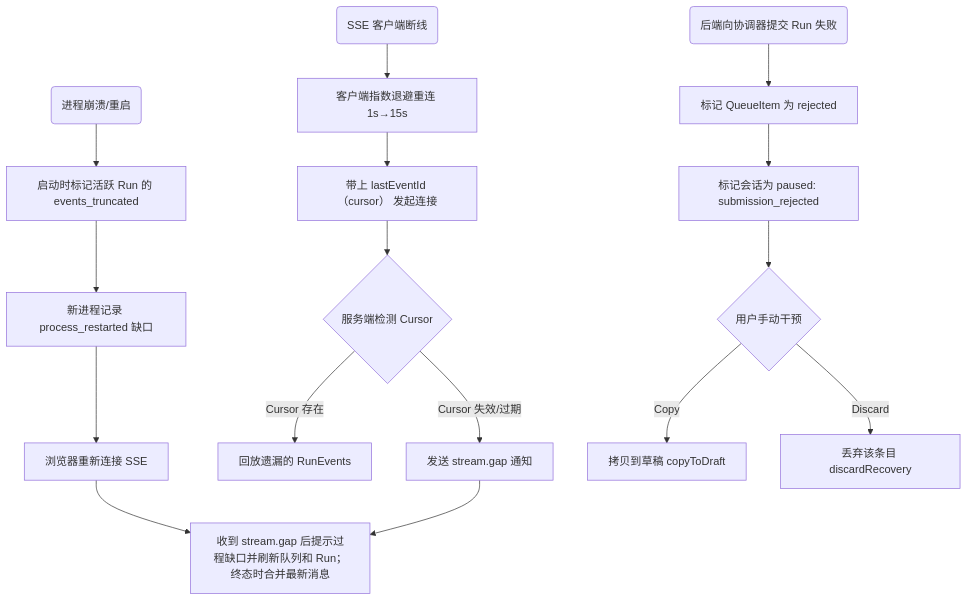
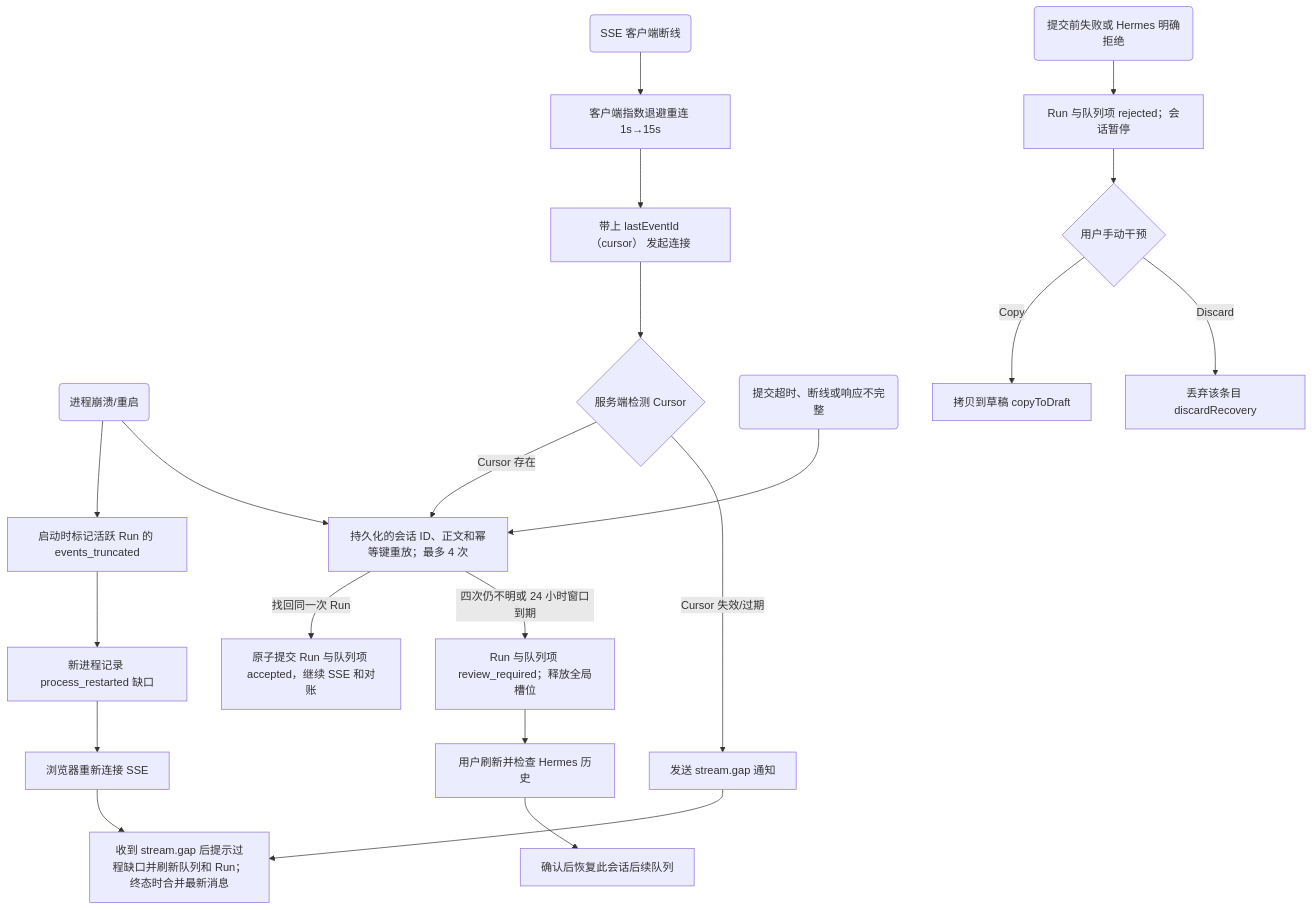
Before and after one commit to ermu03/emu-chat: the sixth of 7 diagrams in docs/07-data-flow.md, drawn with Mermaid. The commit also changed other lines of this file and 21 other files, not shown here.

````diff
--- a/docs/07-data-flow.md
+++ b/docs/07-data-flow.md
@@ -180,20 +180,25 @@
 ```mermaid
 flowchart TD
     Crash(进程崩溃/重启) --> MarkTruncate[启动时标记活跃 Run 的 events_truncated]
     MarkTruncate --> NewHub[新进程记录 process_restarted 缺口]
     NewHub --> Reconnect[浏览器重新连接 SSE]
     Reconnect --> ClientREST[收到 stream.gap 后提示过程缺口并刷新队列和 Run；终态时合并最新消息]
 
     NetDrop(SSE 客户端断线) --> ExpBackoff[客户端指数退避重连 1s→15s]
     ExpBackoff --> SendCursor[带上 lastEventId （cursor） 发起连接]
     SendCursor --> ServerReplay{服务端检测 Cursor}
     ServerReplay -- Cursor 存在 --> Replay[回放遗漏的 RunEvents]
     ServerReplay -- Cursor 失效/过期 --> ReplyGap[发送 stream.gap 通知]
     ReplyGap --> ClientREST
 
-    SubmitFail(后端向协调器提交 Run 失败) --> Rejected[标记 QueueItem 为 rejected]
-    Rejected --> Paused[标记会话为 paused: submission_rejected]
-    Paused --> UserAction{用户手动干预}
+    Unknown(提交超时、断线或响应不完整) --> Replay[持久化的会话 ID、正文和幂等键重放；最多 4 次]
+    Crash --> Replay
+    Replay -- 找回同一次 Run --> Accepted[原子提交 Run 与队列项 accepted，继续 SSE 和对账]
+    Replay -- 四次仍不明或 24 小时窗口到期 --> Review[Run 与队列项 review_required；释放全局槽位]
+    Review --> History[用户刷新并检查 Hermes 历史]
+    History --> Resume[确认后恢复此会话后续队列]
+    ExplicitFail(提交前失败或 Hermes 明确拒绝) --> Rejected[Run 与队列项 rejected；会话暂停]
+    Rejected --> UserAction{用户手动干预}
     UserAction -- Copy --> CopyDraft[拷贝到草稿 copyToDraft]
     UserAction -- Discard --> DiscardItem[丢弃该条目 discardRecovery]
 ```
````
